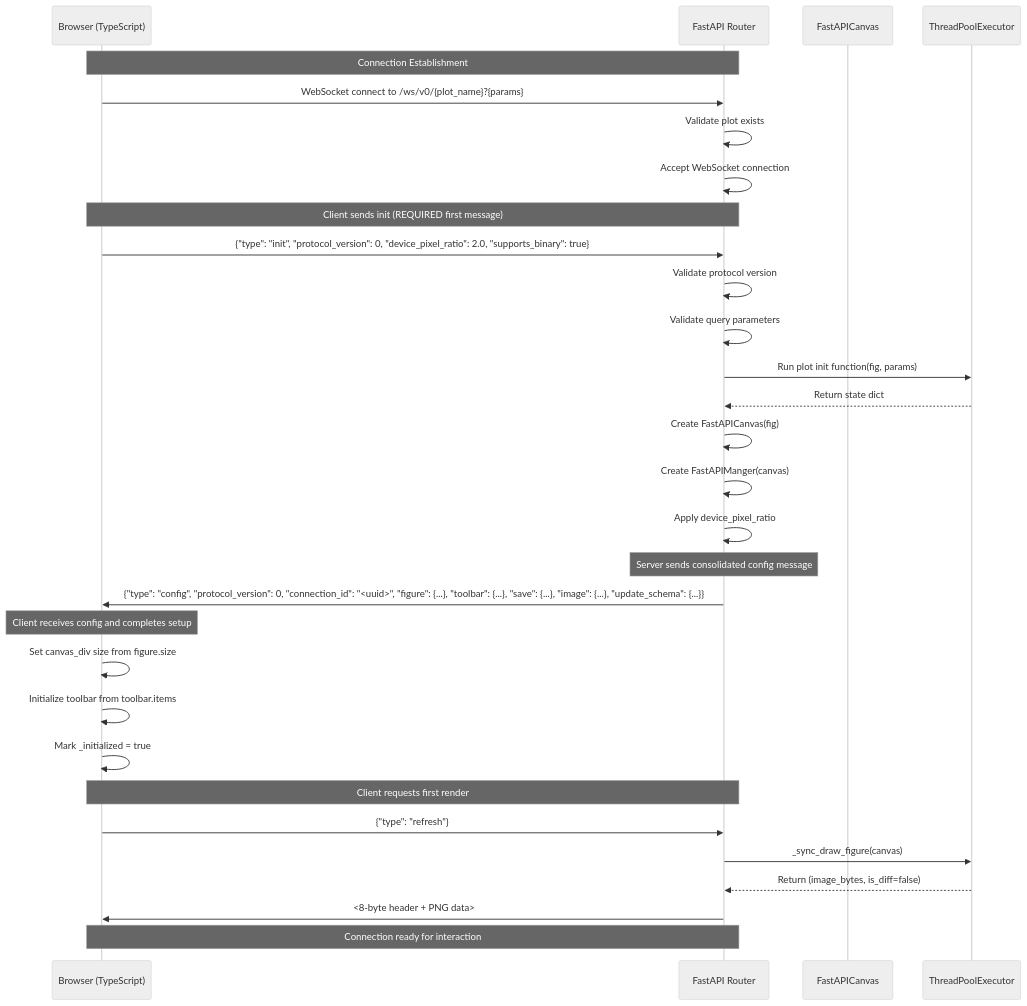
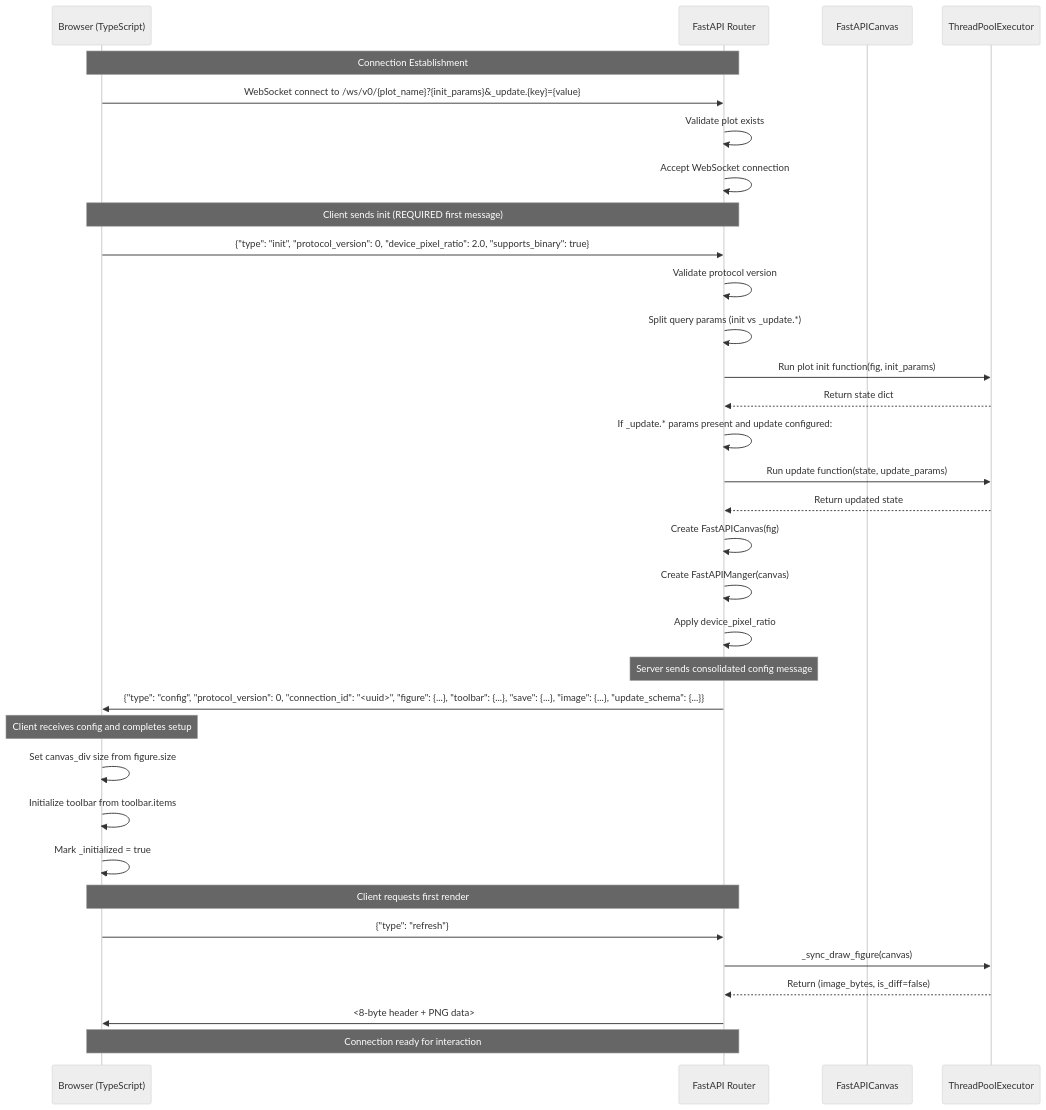
Before and after one commit to tacaswell/matplotlib-fastapi: the first of 3 diagrams in docs/websocket-protocol.md, drawn with Mermaid (neutral theme). The commit also changed other lines of this file and 13 other files, not shown here.

First line of the commit message:
ENH: add a version of the update parameters to init url

````diff
--- a/docs/websocket-protocol.md
+++ b/docs/websocket-protocol.md
@@ -37,38 +55,41 @@
 ```mermaid
 sequenceDiagram
     participant Client as Browser (TypeScript)
     participant Router as FastAPI Router
     participant Backend as FastAPICanvas
     participant Executor as ThreadPoolExecutor
 
     Note over Client,Router: Connection Establishment
-    Client->>Router: WebSocket connect to /ws/v0/{plot_name}?{params}
+    Client->>Router: WebSocket connect to /ws/v0/{plot_name}?{init_params}&_update.{key}={value}
     Router->>Router: Validate plot exists
     Router->>Router: Accept WebSocket connection
     
     Note over Client,Router: Client sends init (REQUIRED first message)
     Client->>Router: {"type": "init", "protocol_version": 0, "device_pixel_ratio": 2.0, "supports_binary": true}
     Router->>Router: Validate protocol version
-    Router->>Router: Validate query parameters
-    Router->>Executor: Run plot init function(fig, params)
+    Router->>Router: Split query params (init vs _update.*)
+    Router->>Executor: Run plot init function(fig, init_params)
     Executor-->>Router: Return state dict
+    Router->>Router: If _update.* params present and update configured:
+    Router->>Executor: Run update function(state, update_params)
+    Executor-->>Router: Return updated state
     Router->>Router: Create FastAPICanvas(fig)
     Router->>Router: Create FastAPIManger(canvas)
     Router->>Router: Apply device_pixel_ratio
     
     Note over Router: Server sends consolidated config message
     Router->>Client: {"type": "config", "protocol_version": 0, "connection_id": "<uuid>", "figure": {...}, "toolbar": {...}, "save": {...}, "image": {...}, "update_schema": {...}}
     
     Note over Client: Client receives config and completes setup
     Client->>Client: Set canvas_div size from figure.size
     Client->>Client: Initialize toolbar from toolbar.items
     Client->>Client: Mark _initialized = true
     
     Note over Client,Router: Client requests first render
     Client->>Router: {"type": "refresh"}
     Router->>Executor: _sync_draw_figure(canvas)
     Executor-->>Router: Return (image_bytes, is_diff=false)
     Router->>Client: <8-byte header + PNG data>
     
     Note over Client,Router: Connection ready for interaction
 ```
````
